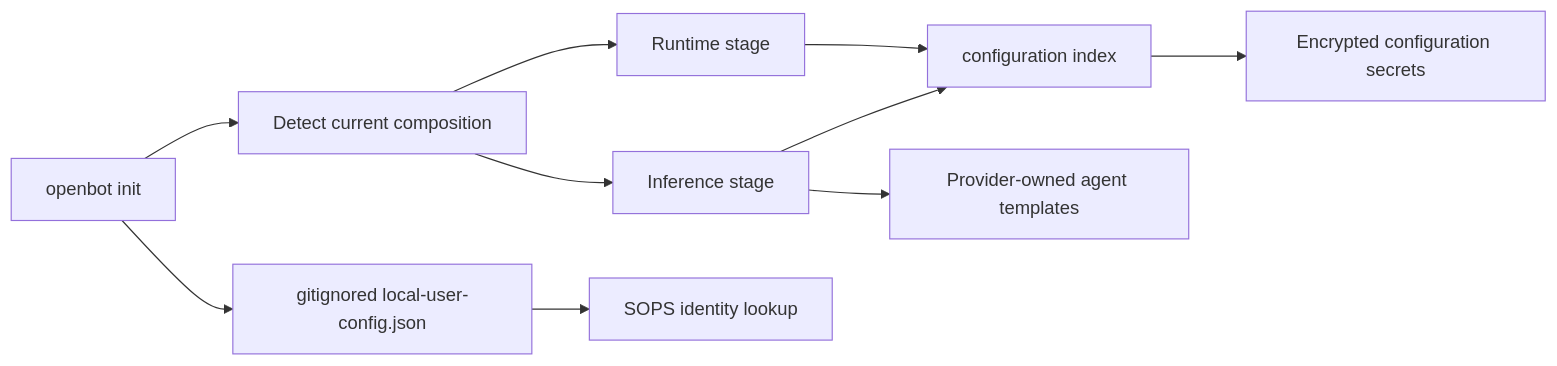
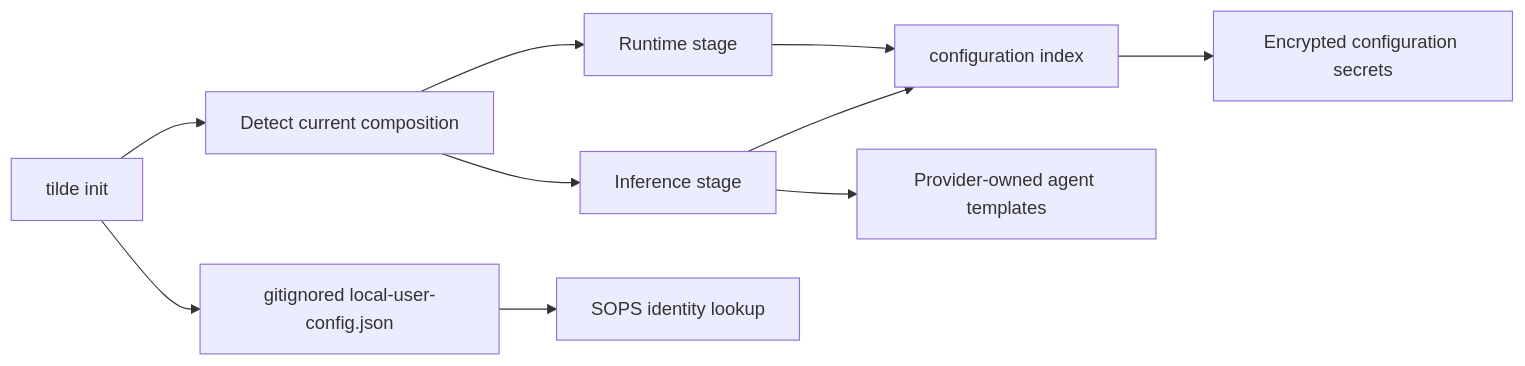
The diagram in docs/updates/75.md (trytilde/dispatch), drawn with Mermaid before and after one commit. The commit also changed other lines of this file and 668 other files, not shown here.

````diff
--- a/docs/updates/75.md
+++ b/docs/updates/75.md
@@ -15,12 +15,12 @@
 ```mermaid
 flowchart LR
-  I[openbot init] --> D[Detect current composition]
+  I[tilde init] --> D[Detect current composition]
   D --> R[Runtime stage]
   D --> F[Inference stage]
   R --> C[configuration index]
   F --> C
   F --> T[Provider-owned agent templates]
   I --> U[gitignored local-user-config.json]
   U --> S[SOPS identity lookup]
   C --> E[Encrypted configuration secrets]
 ```
````
